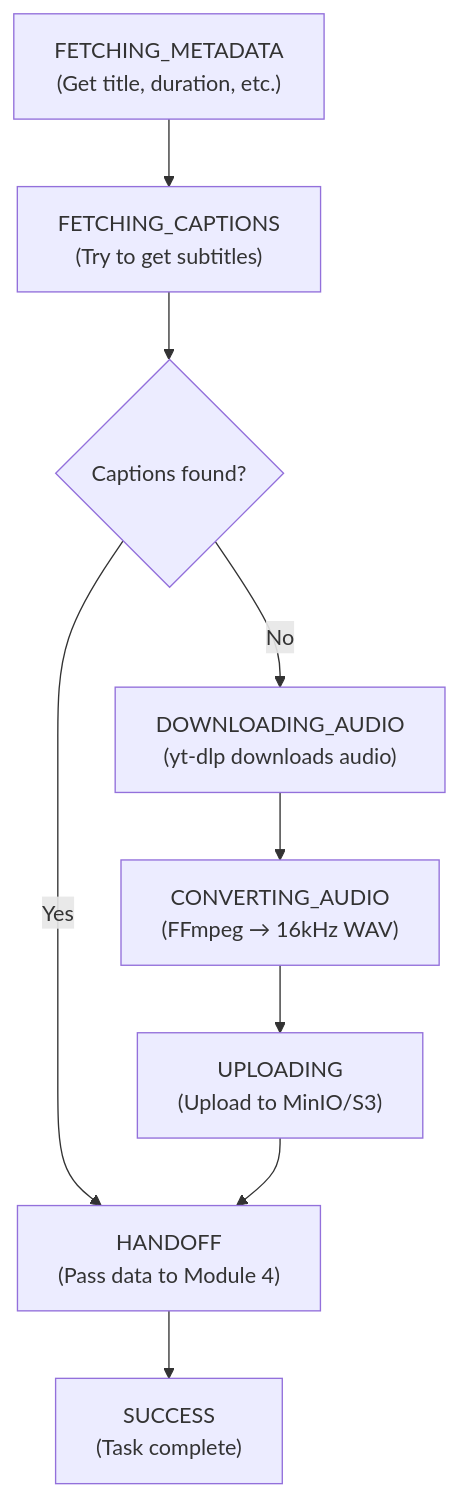
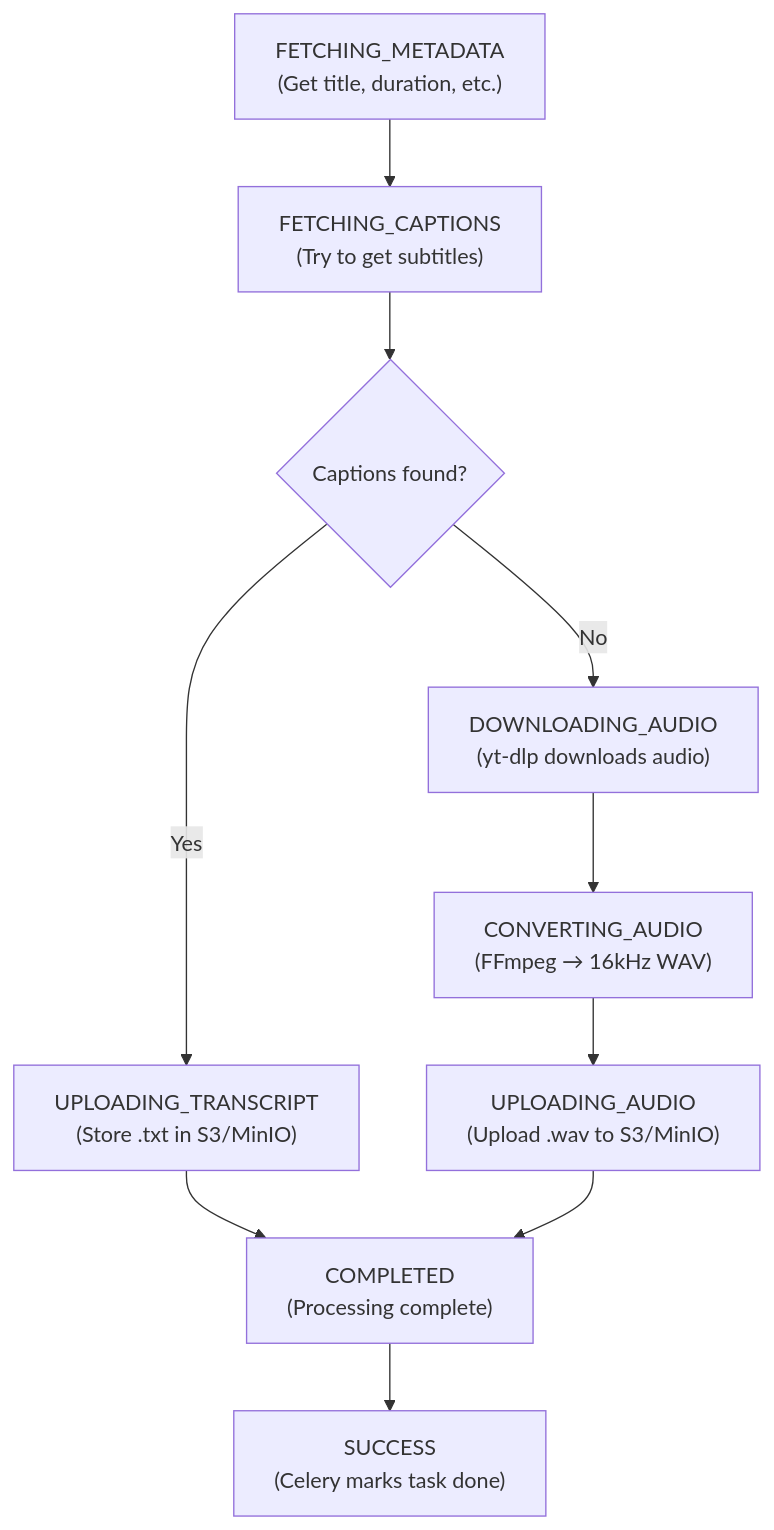
The second of 5 diagrams in knowledge.md (Prudhvilakshman1112/youtube_ingestion), drawn with Mermaid before and after one commit. The commit also changed other lines of this file and 7 other files, not shown here.

````diff
--- a/knowledge.md
+++ b/knowledge.md
@@ -1242,11 +1304,12 @@
 ```mermaid
 flowchart TD
     A["FETCHING_METADATA\n(Get title, duration, etc.)"] --> B["FETCHING_CAPTIONS\n(Try to get subtitles)"]
     B --> C{Captions found?}
-    C -->|Yes| G["HANDOFF\n(Pass data to Module 4)"]
+    C -->|Yes| T["UPLOADING_TRANSCRIPT\n(Store .txt in S3/MinIO)"]
+    T --> G["COMPLETED\n(Processing complete)"]
     C -->|No| D["DOWNLOADING_AUDIO\n(yt-dlp downloads audio)"]
     D --> E["CONVERTING_AUDIO\n(FFmpeg → 16kHz WAV)"]
-    E --> F["UPLOADING\n(Upload to MinIO/S3)"]
+    E --> F["UPLOADING_AUDIO\n(Upload .wav to S3/MinIO)"]
     F --> G
-    G --> H["SUCCESS\n(Task complete)"]
+    G --> H["SUCCESS\n(Celery marks task done)"]
 ```
````
